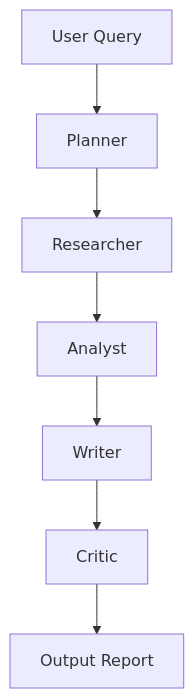
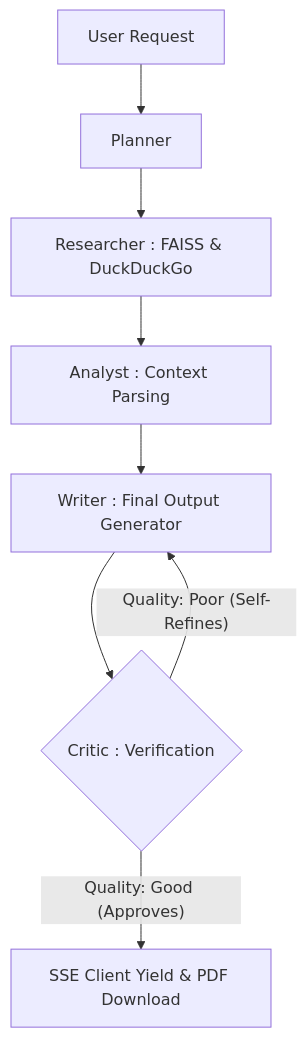
The diagram in README.md (maqa817/AutoResearch_AI), drawn with Mermaid before and after one commit. The commit also changed other lines of this file and 1 other file, not shown here.

Commit message:
Force strict black typography for PDF report export readability and update README

````diff
--- a/README.md
+++ b/README.md
@@ -155,9 +155,12 @@
 ```mermaid
 graph TD
-    Q[User Query] --> P[Planner]
-    P --> R[Researcher]
-    R --> A[Analyst]
-    A --> W[Writer]
-    W --> C[Critic]
-    C --> O[Output Report]
+    Q[User Request] --> P[Planner]
+    P --> R[Researcher : FAISS & DuckDuckGo]
+    R --> A[Analyst : Context Parsing]
+    A --> W[Writer : Final Output Generator]
+    
+    W --> C{Critic : Verification}
+    
+    C -- "Quality: Poor (Self-Refines)" --> W
+    C -- "Quality: Good (Approves)" --> O[SSE Client Yield & PDF Download]
 ```
````
